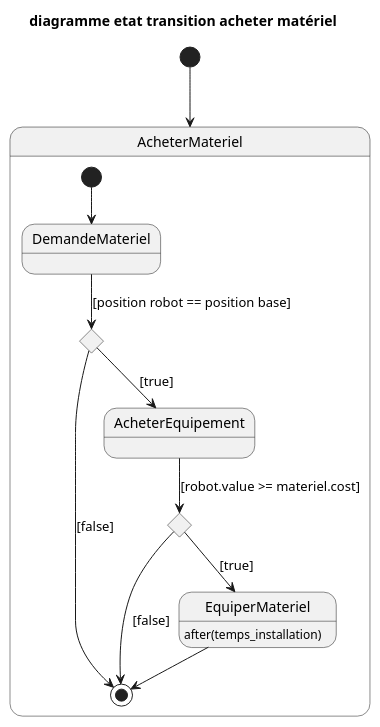
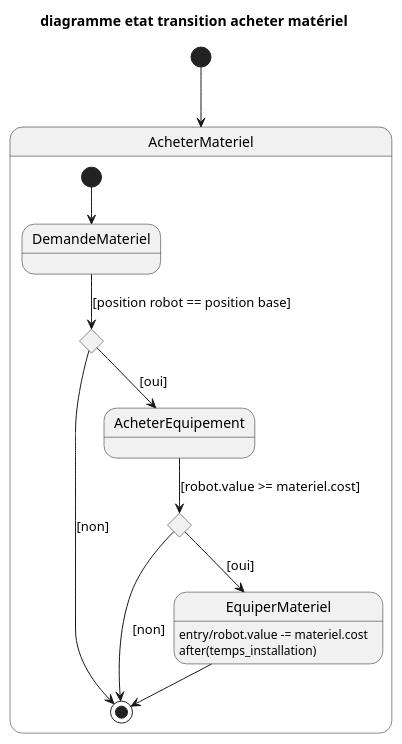
The fifth of 8 diagrams in files/uml/uml.wsd (AlphaBooy/Mars-Robot), drawn with PlantUML before and after one commit. The commit also changed other lines of this file and 2 other files, not shown here.

Commit message:
♻️ update digramme état-transition acheter équipement

```diff
--- a/files/uml/uml.wsd
+++ b/files/uml/uml.wsd
@@ -196,20 +196,21 @@
 @startuml diagrammeEtatTransition_acheterMateriel
 title diagramme etat transition acheter matériel
 [*] --> AcheterMateriel
 state AcheterMateriel {
     [*] --> DemandeMateriel
     state c <<choice>>
     DemandeMateriel --> c : [position robot == position base]
 
-    c --> [*] : [false]
-    c --> AcheterEquipement : [true]
+    c --> [*] : [non]
+    c --> AcheterEquipement : [oui]
 
     state d <<choice>>
     AcheterEquipement --> d : [robot.value >= materiel.cost]
-    d --> [*] : [false]
-    d --> EquiperMateriel : [true]
+    d --> [*] : [non]
+    d --> EquiperMateriel : [oui]
+    EquiperMateriel : entry/robot.value -= materiel.cost
     EquiperMateriel : after(temps_installation)
     EquiperMateriel --> [*]
 
 }
 @enduml
```
